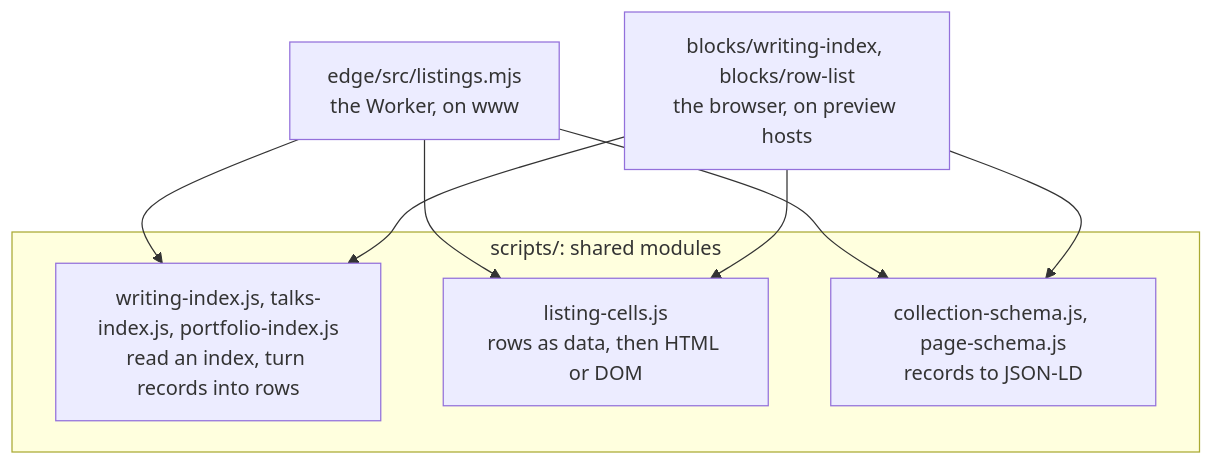
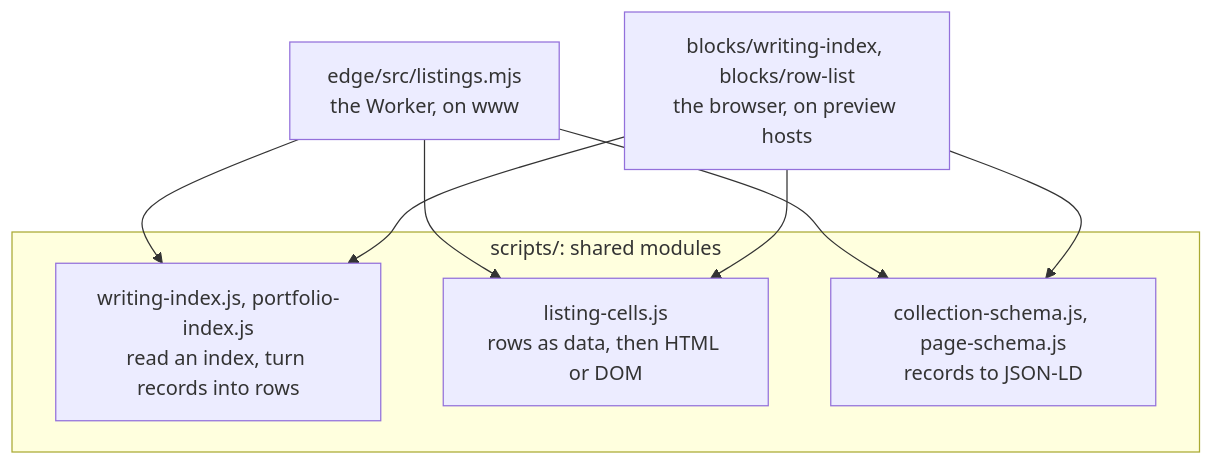
Before and after one commit to jackzhaojin/www-eds: the third of 6 diagrams in docs/edge-rendering.md, drawn with Mermaid. The commit also changed other lines of this file and 57 other files, not shown here.

First line of the commit message:
feat(talks): v1.3.0, no talk pages; talks link out and fold into the portfolio (#14)

````diff
--- a/docs/edge-rendering.md
+++ b/docs/edge-rendering.md
@@ -153,10 +154,10 @@
 ```mermaid
 flowchart TB
   subgraph shared["scripts/: shared modules"]
-    idx["writing-index.js, talks-index.js, portfolio-index.js<br/>read an index, turn records into rows"]
+    idx["writing-index.js, portfolio-index.js<br/>read an index, turn records into rows"]
     cells["listing-cells.js<br/>rows as data, then HTML or DOM"]
     ld["collection-schema.js, page-schema.js<br/>records to JSON-LD"]
   end
   edge["edge/src/listings.mjs<br/>the Worker, on www"] --> idx & cells & ld
   blocks["blocks/writing-index, blocks/row-list<br/>the browser, on preview hosts"] --> idx & cells & ld
 ```
````
